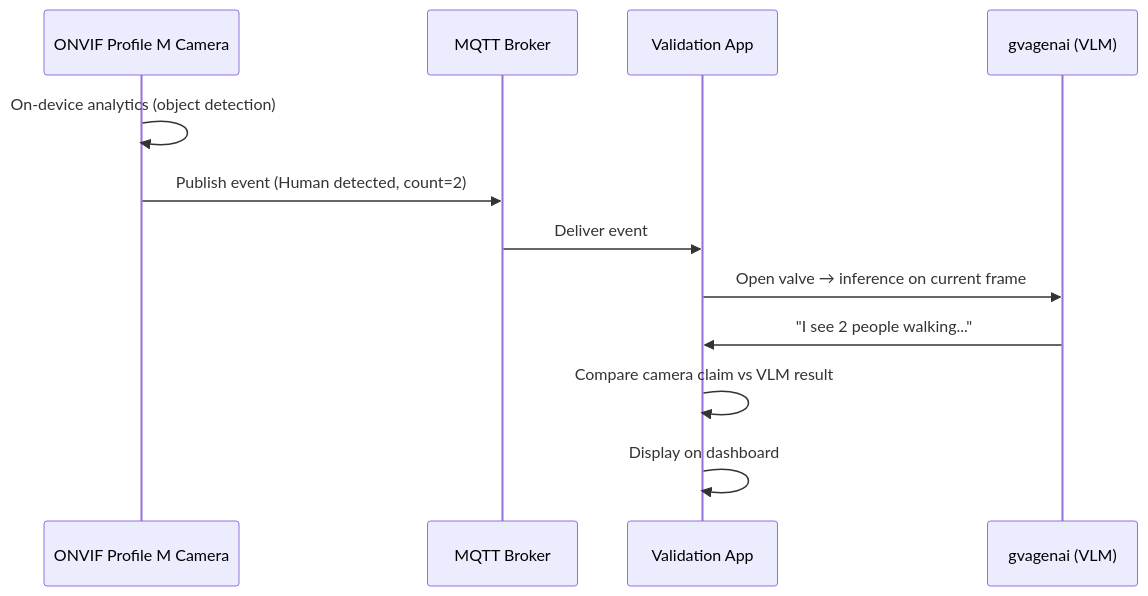
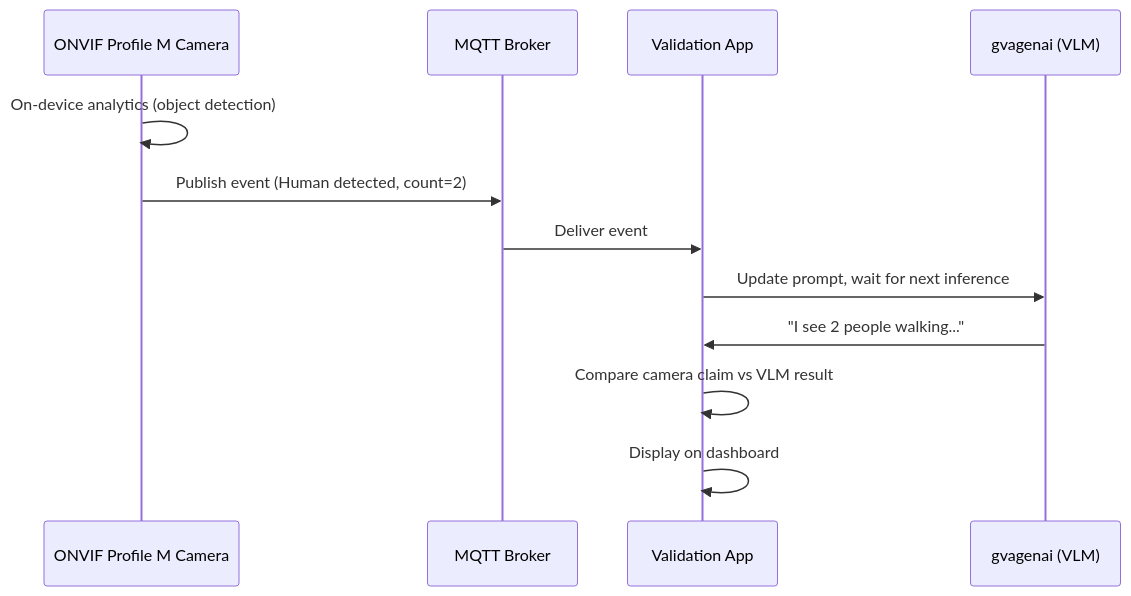
The second of 2 diagrams in samples/gstreamer/python/onvif_camera_analytics_validation/README.md (open-edge-platform/dlstreamer), drawn with Mermaid before and after one commit. The commit also changed other lines of this file and 1 other file, not shown here.

````diff
--- a/samples/gstreamer/python/onvif_camera_analytics_validation/README.md
+++ b/samples/gstreamer/python/onvif_camera_analytics_validation/README.md
@@ -235,15 +234,15 @@
 ```mermaid
 sequenceDiagram
     participant Camera as ONVIF Profile M Camera
     participant MQTT as MQTT Broker
     participant App as Validation App
     participant VLM as gvagenai (VLM)
 
     Camera->>Camera: On-device analytics (object detection)
     Camera->>MQTT: Publish event (Human detected, count=2)
     MQTT->>App: Deliver event
-    App->>VLM: Open valve → inference on current frame
+    App->>VLM: Update prompt, wait for next inference
     VLM->>App: "I see 2 people walking..."
     App->>App: Compare camera claim vs VLM result
     App->>App: Display on dashboard
 ```
````
